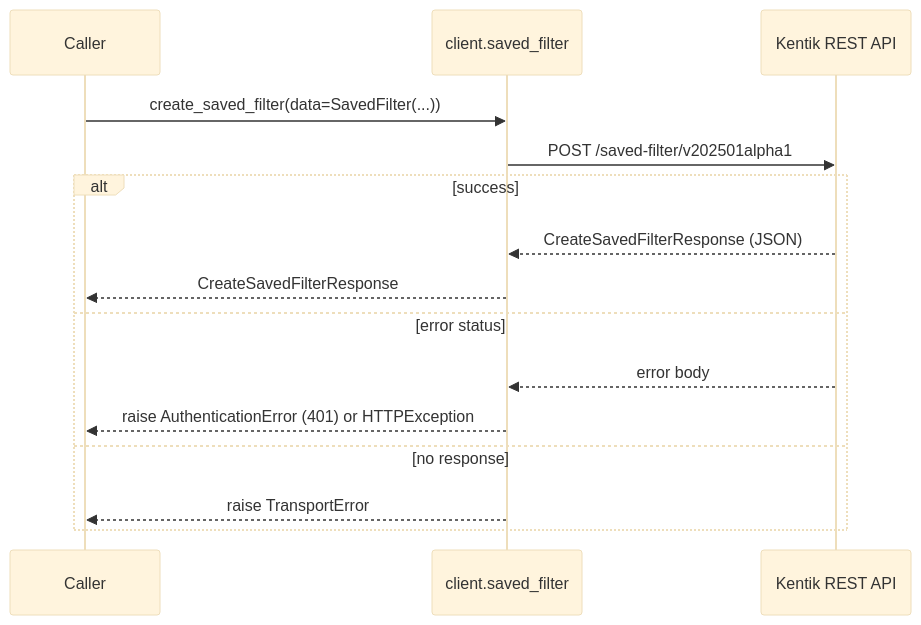
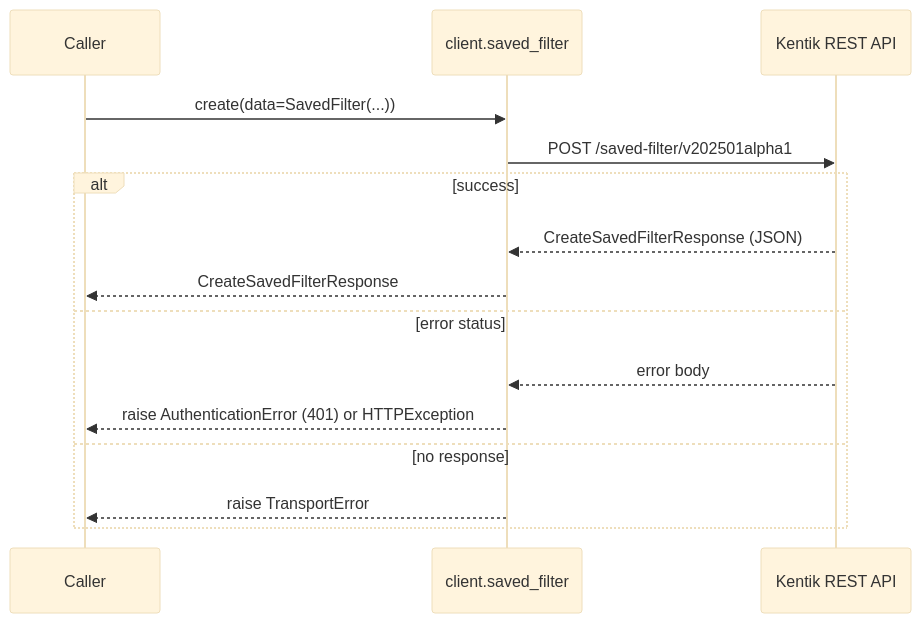
Before and after one commit to alexdearaujo/community_sdk_python: the second of 14 diagrams in docs/sphinx/services/saved_filter.md, drawn with Mermaid (base theme). The commit also changed other lines of this file and 119 other files, not shown here.

````diff
--- a/docs/sphinx/services/saved_filter.md
+++ b/docs/sphinx/services/saved_filter.md
@@ -38,18 +38,18 @@
 ```mermaid
 sequenceDiagram
     participant C as Caller
     participant W as client.saved_filter
     participant API as Kentik REST API
 
-    C->>W: create_saved_filter(data=SavedFilter(...))
+    C->>W: create(data=SavedFilter(...))
     W->>API: POST /saved-filter/v202501alpha1
     alt success
         API-->>W: CreateSavedFilterResponse (JSON)
         W-->>C: CreateSavedFilterResponse
     else error status
         API-->>W: error body
         W-->>C: raise AuthenticationError (401) or HTTPException
     else no response
         W-->>C: raise TransportError
     end
 ```
````
